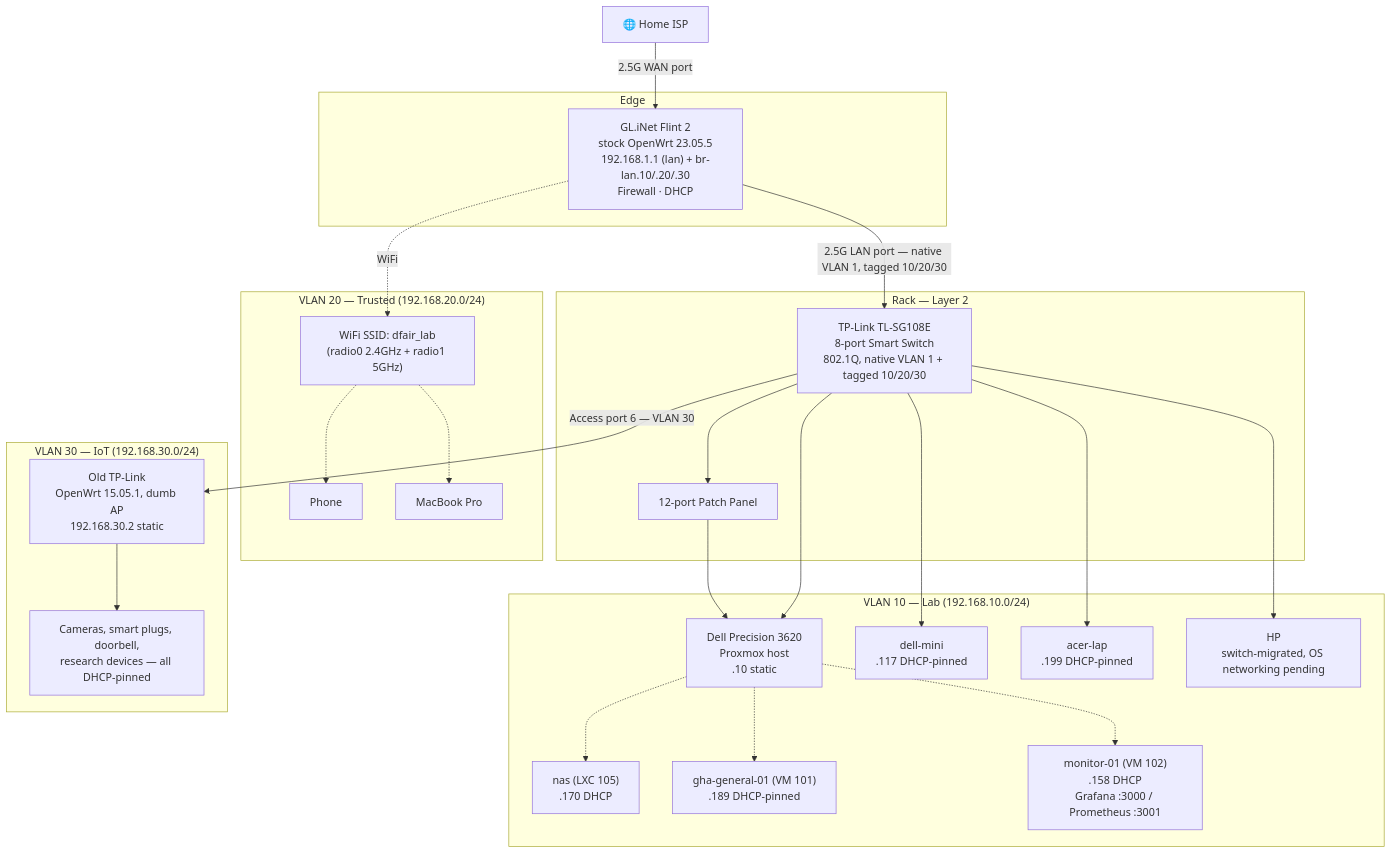
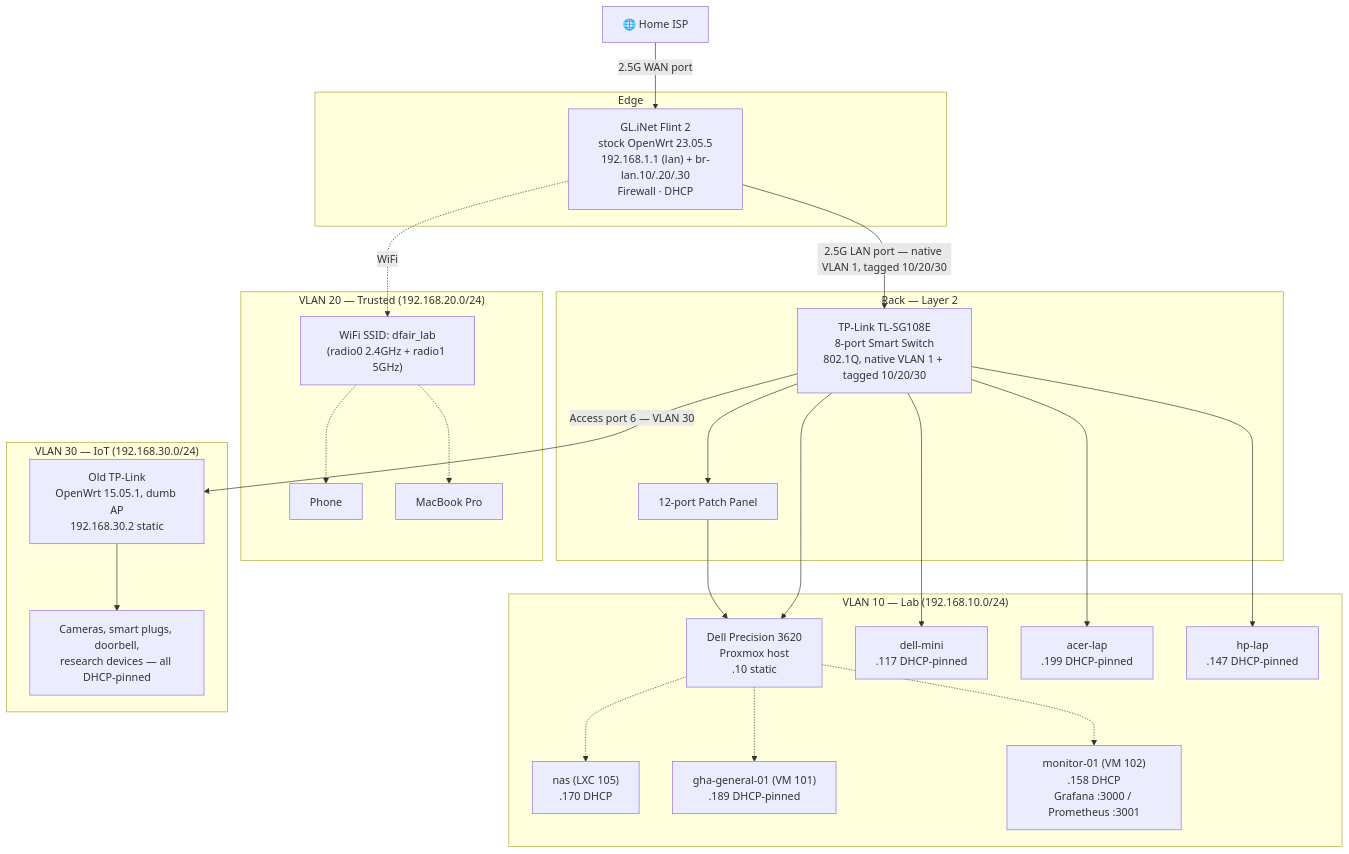
Before and after one commit to sethbarrett50/home_lab_docs: the diagram in docs/networking/README.md, drawn with Mermaid. The commit also changed other lines of this file and 4 other files, not shown here.

First line of the commit message:
docs: document hp-lap networking, hardware and disk encryption (#19)

````diff
--- a/docs/networking/README.md
+++ b/docs/networking/README.md
@@ -19,51 +19,51 @@
 ```mermaid
 graph TD
     WAN[🌐 Home ISP]
 
     subgraph Edge
         Router["GL.iNet Flint 2\nstock OpenWrt 23.05.5\n192.168.1.1 (lan) + br-lan.10/.20/.30\nFirewall · DHCP"]
     end
 
     subgraph "Rack — Layer 2"
         Switch["TP-Link TL-SG108E\n8-port Smart Switch\n802.1Q, native VLAN 1 + tagged 10/20/30"]
         Patch["12-port Patch Panel"]
     end
 
     subgraph "VLAN 10 — Lab (192.168.10.0/24)"
         PVE["Dell Precision 3620\nProxmox host\n.10 static"]
         NAS["nas (LXC 105)\n.170 DHCP"]
         GHA["gha-general-01 (VM 101)\n.189 DHCP-pinned"]
         MON["monitor-01 (VM 102)\n.158 DHCP\nGrafana :3000 / Prometheus :3001"]
         DELLMINI["dell-mini\n.117 DHCP-pinned"]
         ACERLAP["acer-lap\n.199 DHCP-pinned"]
-        DEBIAN["HP\nswitch-migrated, OS networking pending"]
+        DEBIAN["hp-lap\n.147 DHCP-pinned"]
     end
 
     subgraph "VLAN 20 — Trusted (192.168.20.0/24)"
         SSID["WiFi SSID: dfair_lab\n(radio0 2.4GHz + radio1 5GHz)"]
         PHONE["Phone"]
         MBP["MacBook Pro"]
     end
 
     subgraph "VLAN 30 — IoT (192.168.30.0/24)"
         IoTAP["Old TP-Link\nOpenWrt 15.05.1, dumb AP\n192.168.30.2 static"]
         IOTDEV["Cameras, smart plugs, doorbell,\nresearch devices — all DHCP-pinned"]
     end
 
     WAN -->|"2.5G WAN port"| Router
     Router -->|"2.5G LAN port — native VLAN 1, tagged 10/20/30"| Switch
     Switch --> Patch
     Patch --> PVE
     Switch --> PVE
     Switch --> DELLMINI
     Switch --> ACERLAP
     Switch --> DEBIAN
     PVE -.-> NAS
     PVE -.-> GHA
     PVE -.-> MON
     Switch -->|"Access port 6 — VLAN 30"| IoTAP
     IoTAP --> IOTDEV
     Router -.->|"WiFi"| SSID
     SSID -.-> PHONE
     SSID -.-> MBP
 ```
````
